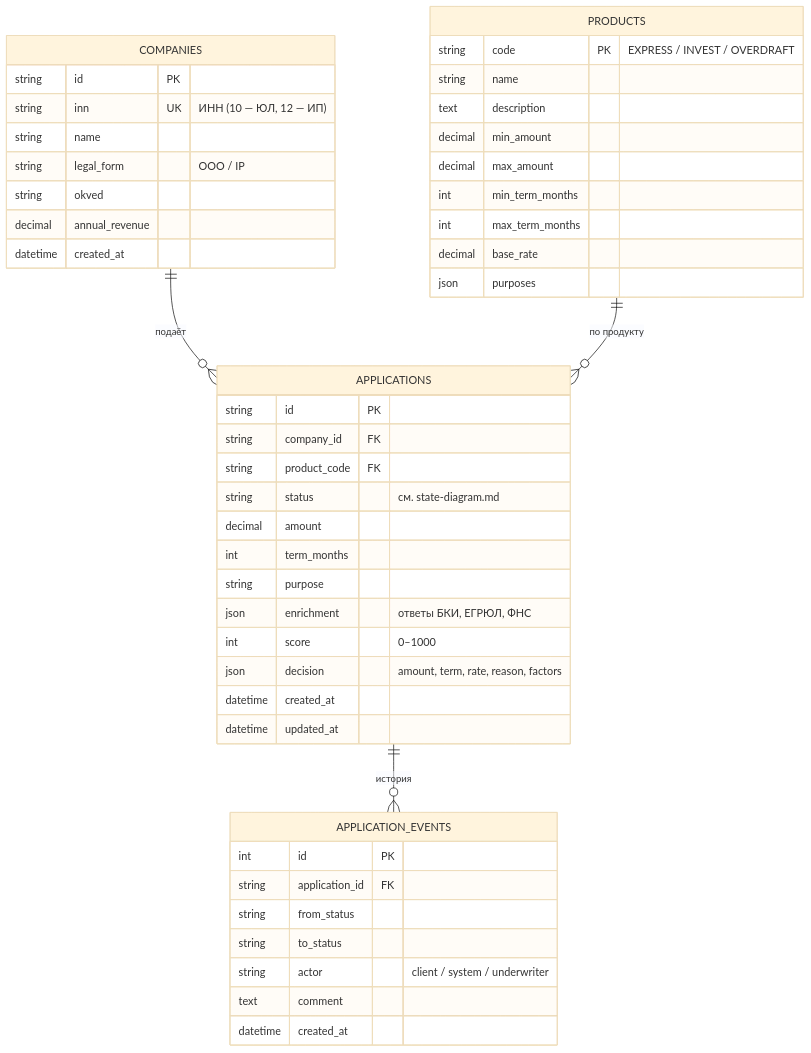
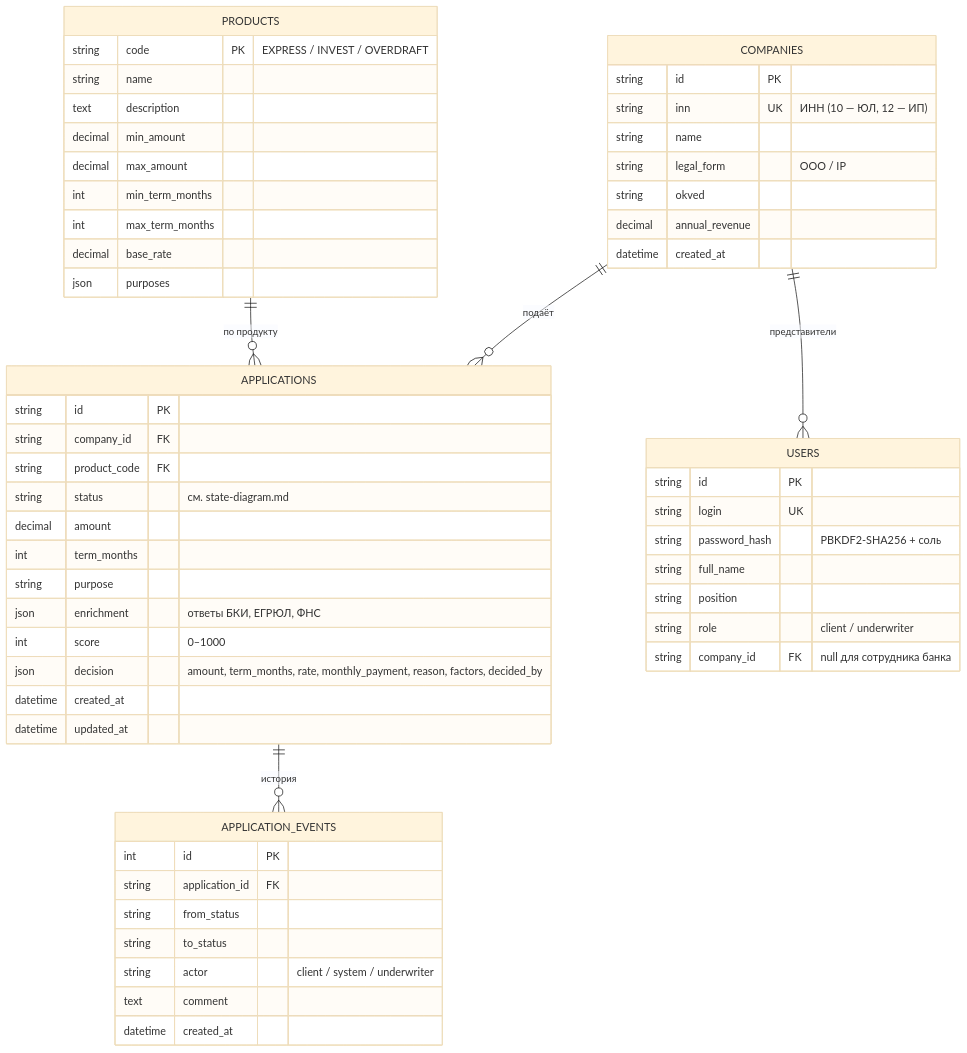
The diagram in docs/data-model.md (riimetra/SOfE---AlfaHak), drawn with Mermaid (base theme) before and after one commit. The commit also changed other lines of this file and 52 other files, not shown here.

````diff
--- a/docs/data-model.md
+++ b/docs/data-model.md
@@ -5,50 +5,60 @@
 ```mermaid
 erDiagram
     COMPANIES ||--o{ APPLICATIONS : "подаёт"
     PRODUCTS ||--o{ APPLICATIONS : "по продукту"
     APPLICATIONS ||--o{ APPLICATION_EVENTS : "история"
+    COMPANIES ||--o{ USERS : "представители"
 
     COMPANIES {
         string id PK
         string inn UK "ИНН (10 — ЮЛ, 12 — ИП)"
         string name
         string legal_form "OOO / IP"
         string okved
         decimal annual_revenue
         datetime created_at
     }
     PRODUCTS {
         string code PK "EXPRESS / INVEST / OVERDRAFT"
         string name
         text description
         decimal min_amount
         decimal max_amount
         int min_term_months
         int max_term_months
         decimal base_rate
         json purposes
     }
     APPLICATIONS {
         string id PK
         string company_id FK
         string product_code FK
         string status "см. state-diagram.md"
         decimal amount
         int term_months
         string purpose
         json enrichment "ответы БКИ, ЕГРЮЛ, ФНС"
         int score "0–1000"
-        json decision "amount, term, rate, reason, factors"
+        json decision "amount, term_months, rate, monthly_payment, reason, factors, decided_by"
         datetime created_at
         datetime updated_at
+    }
+    USERS {
+        string id PK
+        string login UK
+        string password_hash "PBKDF2-SHA256 + соль"
+        string full_name
+        string position
+        string role "client / underwriter"
+        string company_id FK "null для сотрудника банка"
     }
     APPLICATION_EVENTS {
         int id PK
         string application_id FK
         string from_status
         string to_status
         string actor "client / system / underwriter"
         text comment
         datetime created_at
     }
 ```
````
